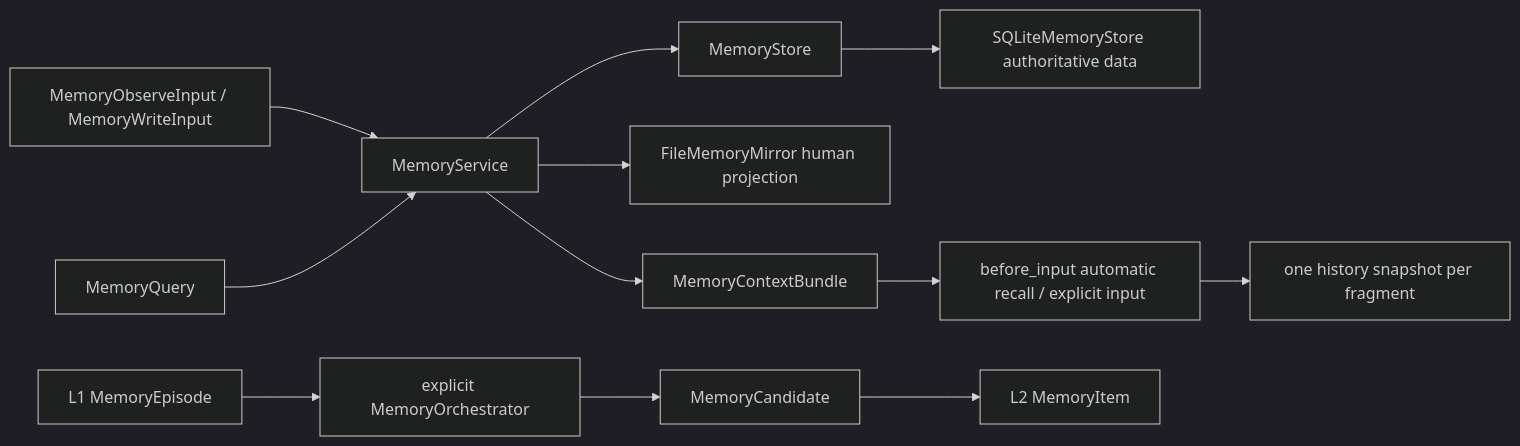
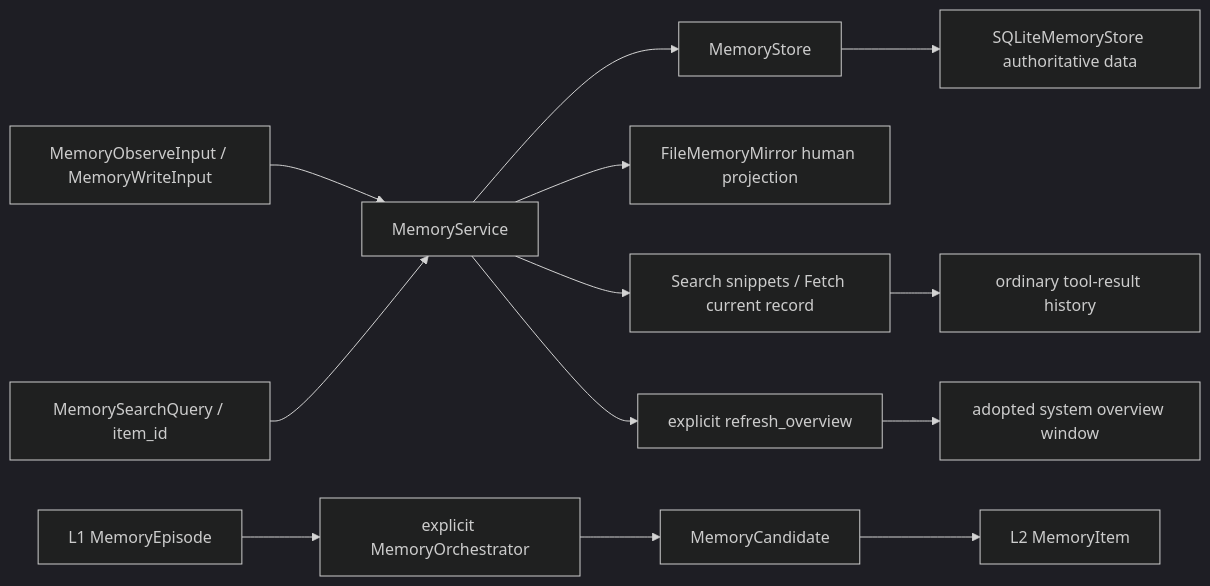
Before and after one commit to Tsubaki-01/Iris: the diagram in src/iris/memory/README.en.md, drawn with Mermaid (dark theme). The commit also changed other lines of this file and 72 other files, not shown here.

````diff
--- a/src/iris/memory/README.en.md
+++ b/src/iris/memory/README.en.md
@@ -73,14 +71,15 @@
 ```mermaid
 flowchart LR
     Input["MemoryObserveInput / MemoryWriteInput"] --> Service["MemoryService"]
     Service --> Store["MemoryStore"]
     Store --> SQLite["SQLiteMemoryStore authoritative data"]
     Service --> Mirror["FileMemoryMirror human projection"]
     Episode["L1 MemoryEpisode"] --> Orchestrator["explicit MemoryOrchestrator"]
     Orchestrator --> Candidate["MemoryCandidate"]
     Candidate --> Item["L2 MemoryItem"]
-    Query["MemoryQuery"] --> Service
-    Service --> Context["MemoryContextBundle"]
-    Context --> Runtime["before_input automatic recall / explicit input"]
-    Runtime --> History["one history snapshot per fragment"]
+    Query["MemorySearchQuery / item_id"] --> Service
+    Service --> Result["Search snippets / Fetch current record"]
+    Service --> Overview["explicit refresh_overview"]
+    Overview --> Window["adopted system overview window"]
+    Result --> History["ordinary tool-result history"]
 ```
````
